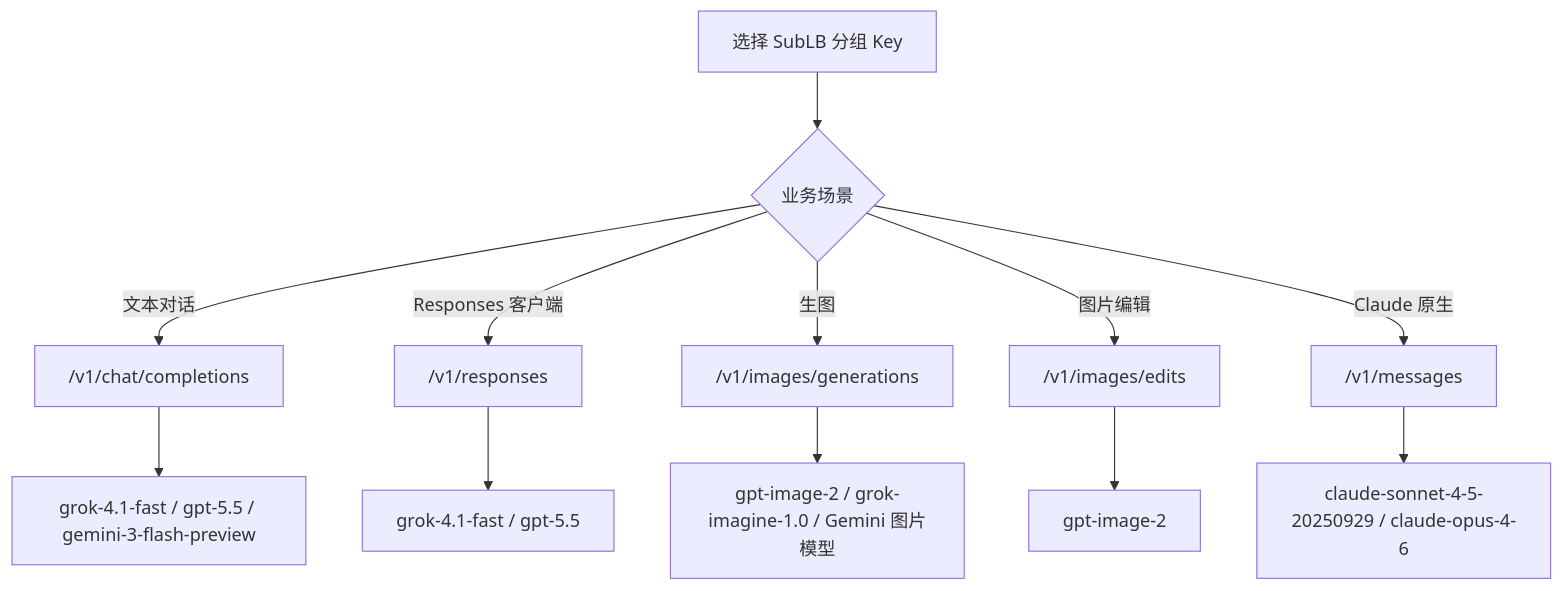
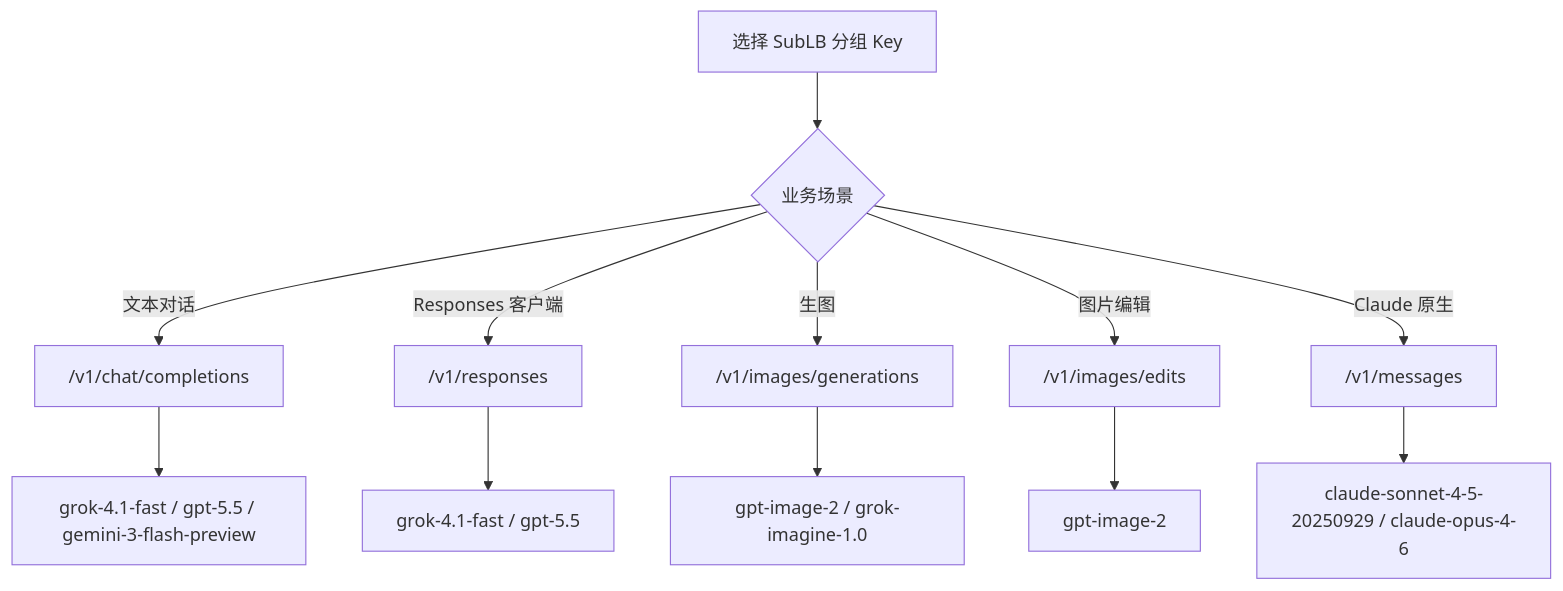
Before and after one commit to mason0510/sublb-demo: the diagram in README.md, drawn with Mermaid. The commit also changed other lines of this file and 2 other files, not shown here.

Commit message:
docs: remove unverified Gemini image models

````diff
--- a/README.md
+++ b/README.md
@@ -13,15 +13,15 @@
 ```mermaid
 flowchart TD
   A[选择 SubLB 分组 Key] --> B{业务场景}
   B -->|文本对话| C["/v1/chat/completions"]
   B -->|Responses 客户端| D["/v1/responses"]
   B -->|生图| E["/v1/images/generations"]
   B -->|图片编辑| F["/v1/images/edits"]
   B -->|Claude 原生| G["/v1/messages"]
 
   C --> C1[grok-4.1-fast / gpt-5.5 / gemini-3-flash-preview]
   D --> D1[grok-4.1-fast / gpt-5.5]
-  E --> E1[gpt-image-2 / grok-imagine-1.0 / Gemini 图片模型]
+  E --> E1[gpt-image-2 / grok-imagine-1.0]
   F --> F1[gpt-image-2]
   G --> G1[claude-sonnet-4-5-20250929 / claude-opus-4-6]
 ```
````
